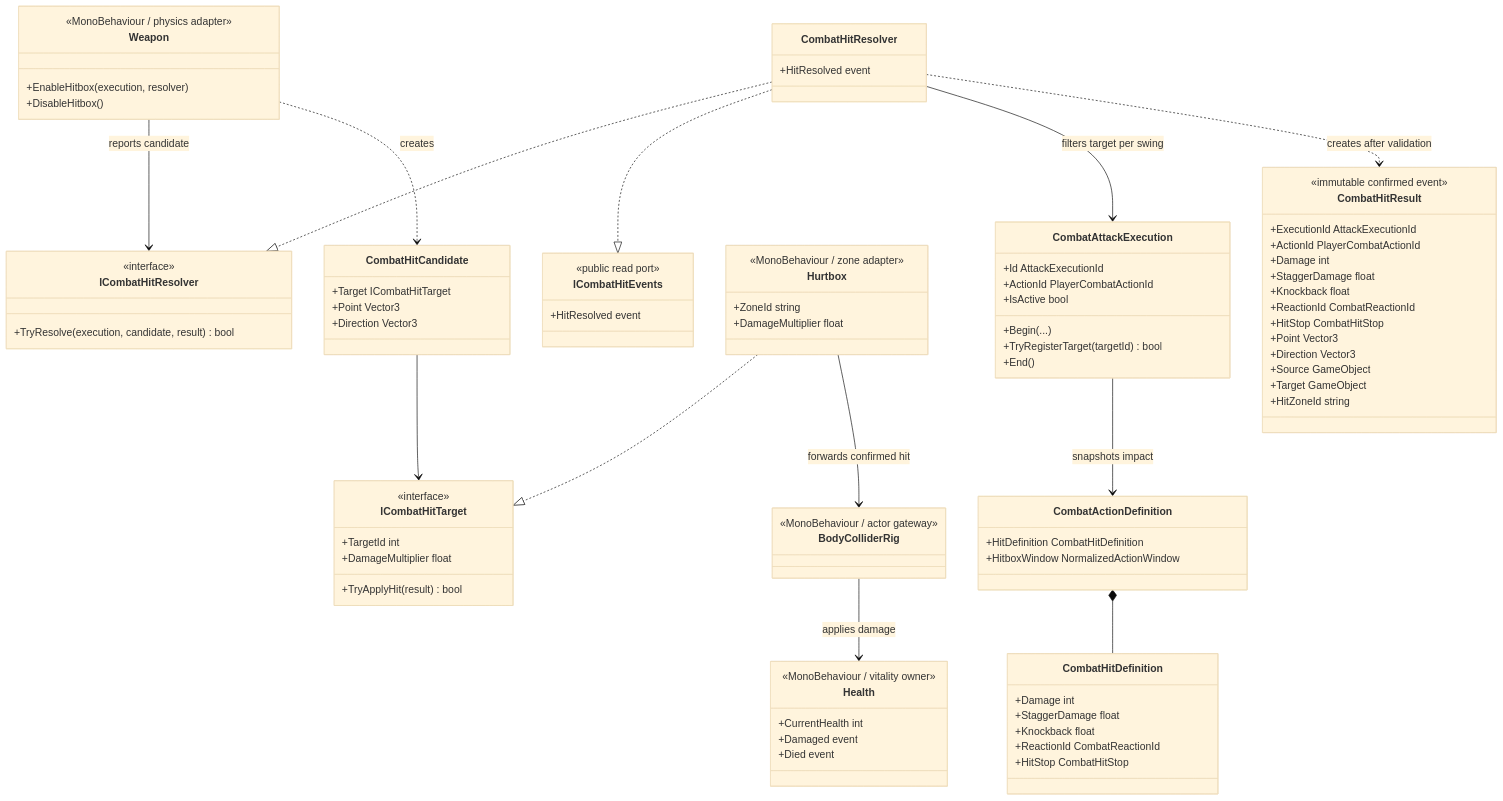
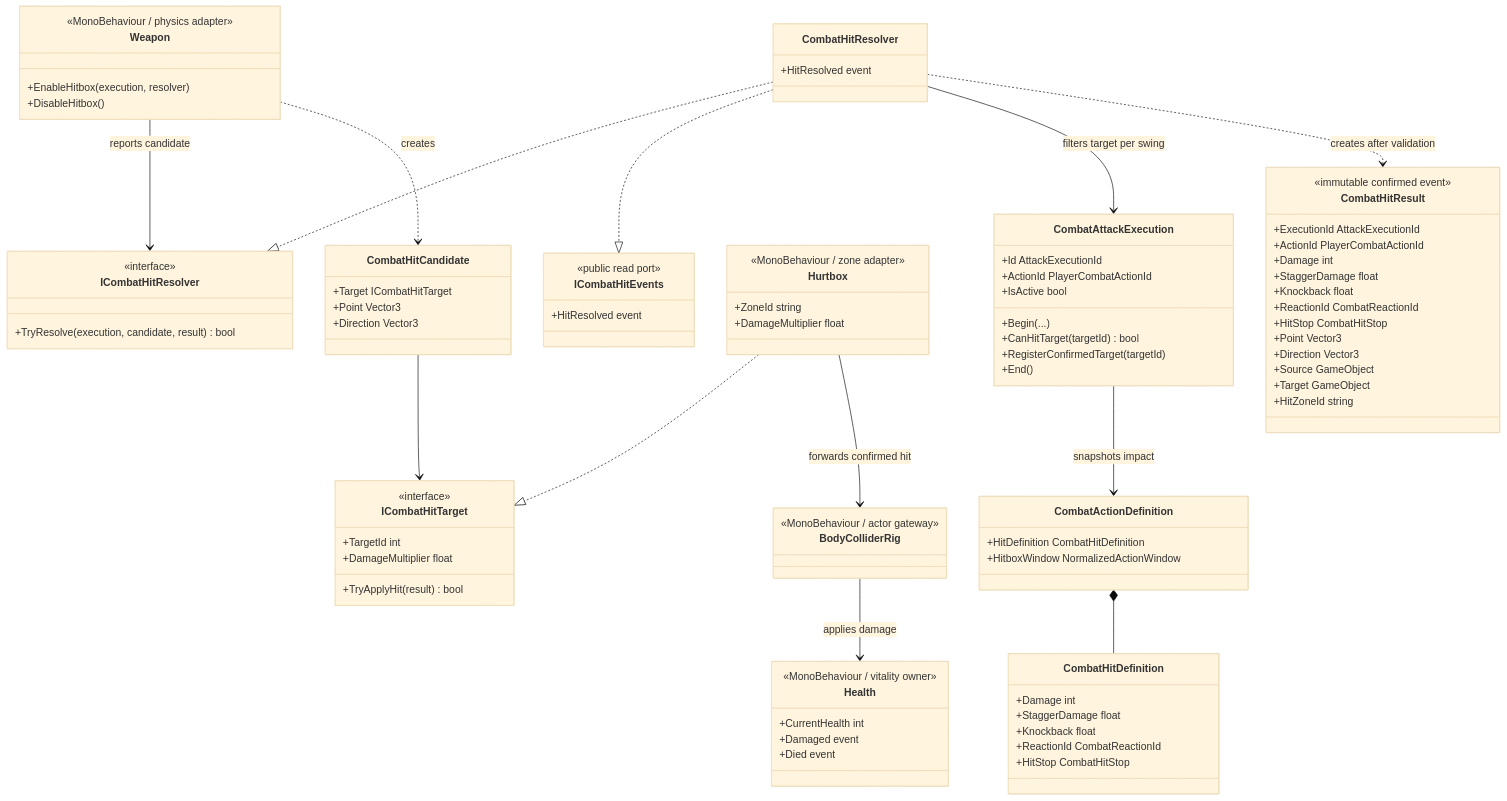
One commit to MaximFonariuc/project-s changed the first of 2 diagrams in Docs/Architecture/Combat.HitResolution.md. Above: the diagram before and after it, drawn with Mermaid (base theme). The commit also changed other lines of this file and 18 other files, not shown here.

```diff
--- a/Docs/Architecture/Combat.HitResolution.md
+++ b/Docs/Architecture/Combat.HitResolution.md
@@ -33,7 +33,8 @@
         +ActionId PlayerCombatActionId
         +IsActive bool
         +Begin(...)
-        +TryRegisterTarget(targetId) bool
+        +CanHitTarget(targetId) bool
+        +RegisterConfirmedTarget(targetId)
         +End()
     }
     class Weapon {
```
